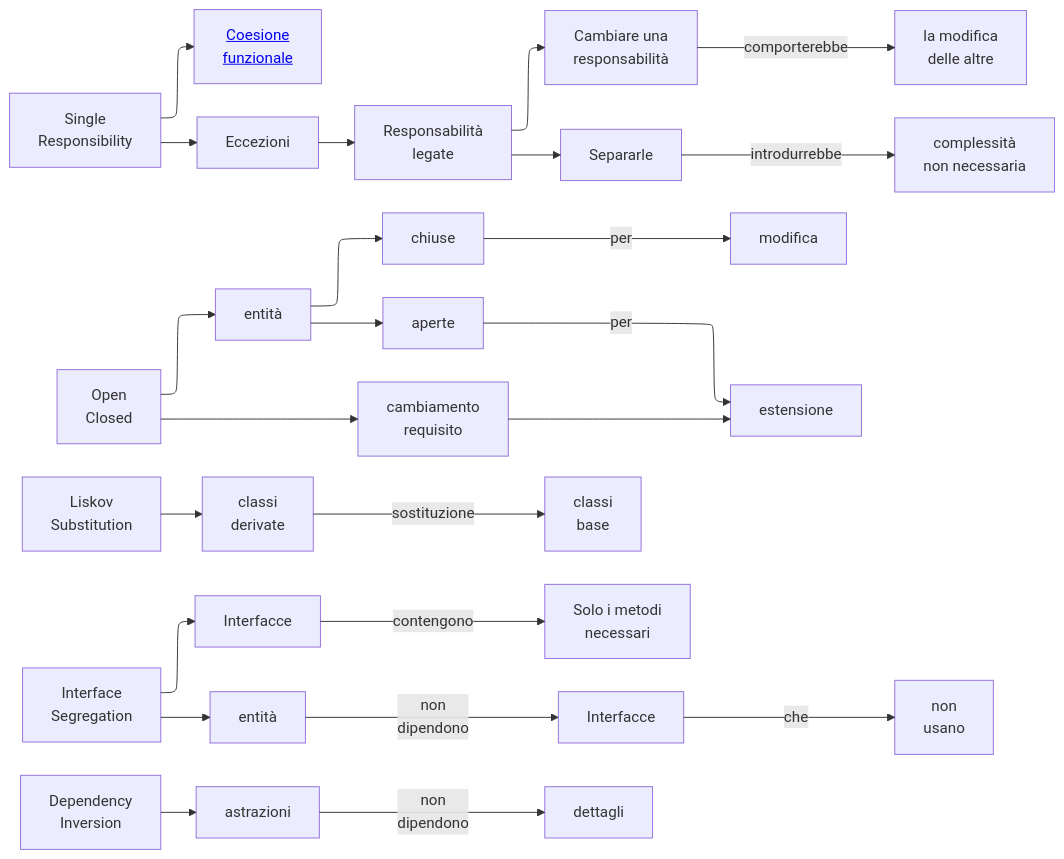
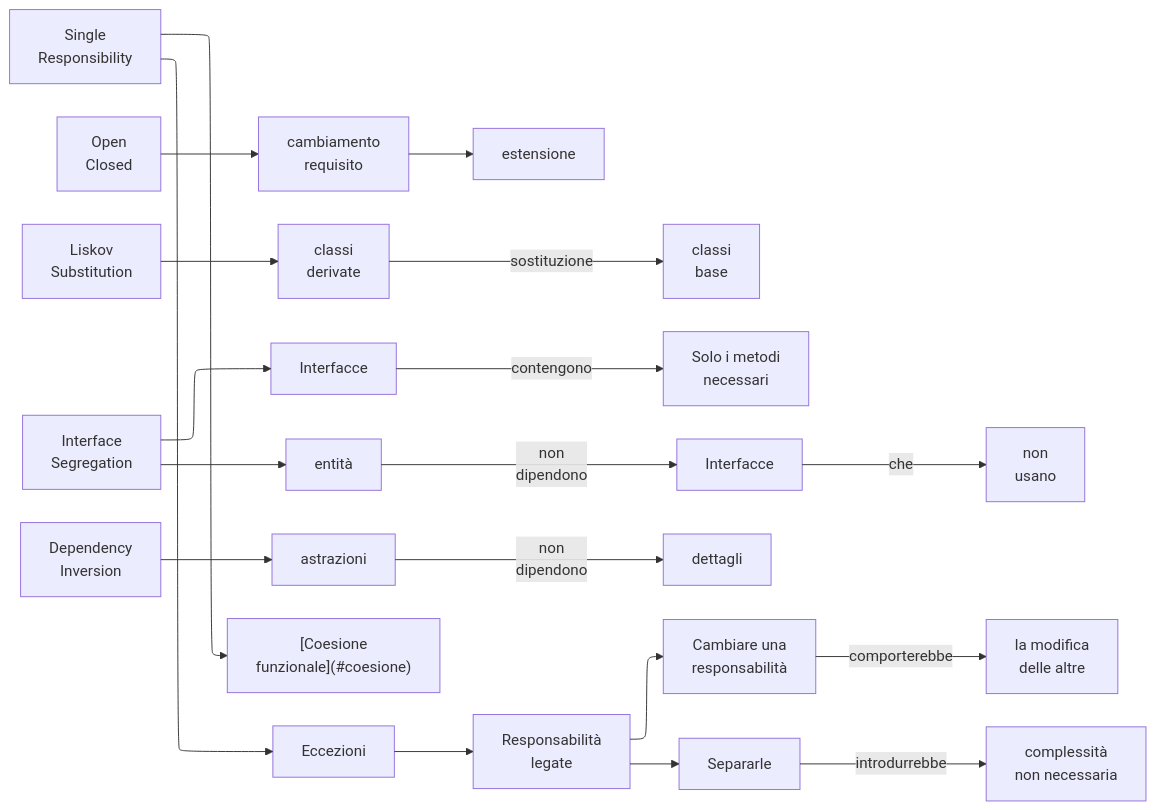
The seventh of 8 diagrams in src/content/docs/software_engineering/Progettazione/principi_progettazione.md (Firi0n/appunti-unipi), drawn with Mermaid before and after one commit. The commit also changed other lines of this file and 8 other files, not shown here.

````diff
--- a/src/content/docs/software_engineering/Progettazione/principi_progettazione.md
+++ b/src/content/docs/software_engineering/Progettazione/principi_progettazione.md
@@ -123,28 +146,43 @@
 ```mermaid
 ---
 config:
     layout: elk
     elk: {
         forceNodeModelOrder: true
     }
 ---
 graph LR
-S[Single<br>Responsibility]
-O[Open<br>Closed]
-L[Liskov<br>Substitution]
-I[Interface<br>Segregation]
-D[Dependency<br>Inversion]
+S["Single
+Responsibility"]
+O["Open
+Closed"]
+L["Liskov
+Substitution"]
+I["Interface
+Segregation"]
+D["Dependency
+Inversion"]
 
-S --> CF["<a href="#coesione">Coesione<br>funzionale</a>"]
-S --> Eccezioni --> RL[Responsabilità<br>legate]
-RL --> NC[Cambiare una<br>responsabilità] -- comporterebbe --> ma[la modifica<br>delle altre]
-RL --> Separarle -- introdurrebbe -->CNN[complessità<br>non necessaria]
+O --> CR["cambiamento
+requisito"] --> estensione
+L --> CD["classi
+derivate"] -- sostituzione --> CB["classi
+base"]
+I --> Interfacce -- contengono --> MN["Solo i metodi
+necessari"]
+I --> I_ent["entità"] -- "non
+dipendono" --> In["Interfacce"] -- che --> nu["non
+usano"]
+D --> astrazioni -- "non
+dipendono" --> dettagli
 
-O --> entità --> chiuse --per--> modifica
-entità --> aperte --per--> estensione
-O --> CR[cambiamento<br>requisito] --> estensione
-L --> CD[classi<br>derivate] -- sostituzione --> CB[classi<br>base]
-I --> Interfacce -- contengono --> MN[Solo i metodi<br>necessari]
-I --> I_ent[entità] -- "non<br>dipendono" --> In[Interfacce]-- che --> nu[non<br>usano]
-D --> astrazioni -- "non<br>dipendono" --> dettagli
+S --> CF["[Coesione
+funzionale](#coesione)"]
+S --> Eccezioni --> RL["Responsabilità
+legate"]
+RL --> NC["Cambiare una
+responsabilità"] -- comporterebbe --> ma["la modifica
+delle altre"]
+RL --> Separarle -- introdurrebbe --> CNN["complessità
+non necessaria"]
 ```
````
